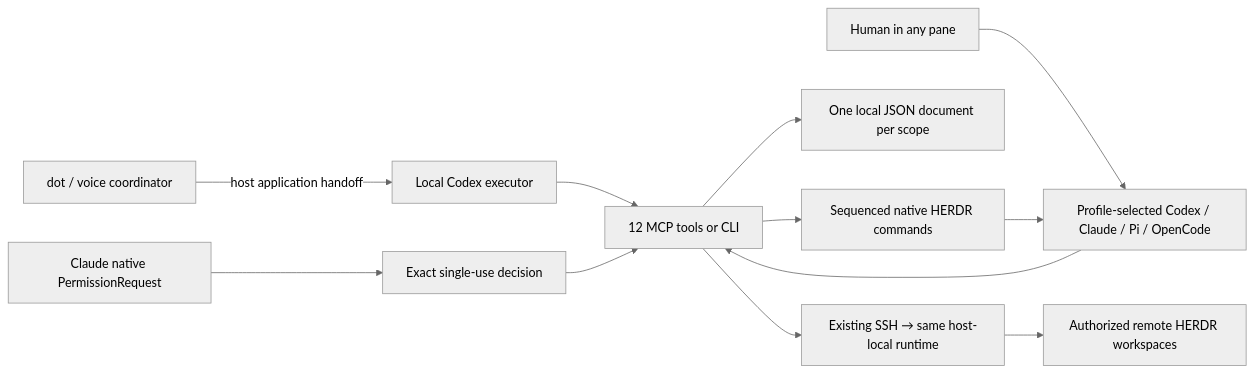
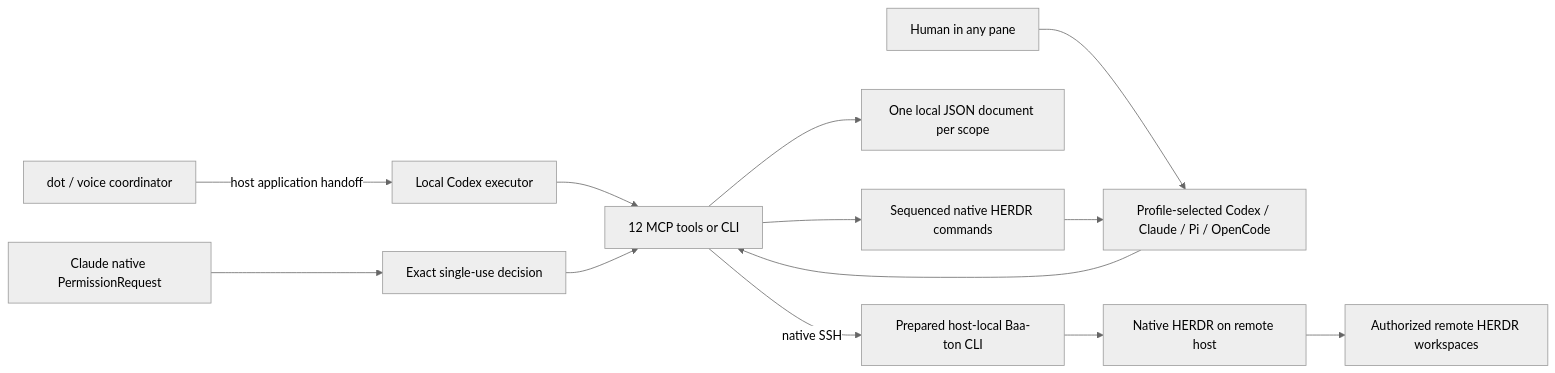
Before and after one commit to zachristmas/baa-ton: the diagram in docs/ARCHITECTURE.md, drawn with Mermaid (neutral theme). The commit also changed other lines of this file and 3 other files, not shown here.

Commit message:
Polish Baa-ton README and move detailed guide

````diff
--- a/docs/ARCHITECTURE.md
+++ b/docs/ARCHITECTURE.md
@@ -3,14 +3,15 @@
 ```mermaid
 flowchart LR
   Dot[dot / voice coordinator] -->|host application handoff| Client[Local Codex executor]
   Human[Human in any pane] --> Workers
   Client --> Interface[12 MCP tools or CLI]
   Interface --> State[One local JSON document per scope]
   Interface --> Native[Sequenced native HERDR commands]
   Native --> Workers[Profile-selected Codex / Claude / Pi / OpenCode]
-  Interface --> SSH[Existing SSH → same host-local runtime]
-  SSH --> Fleet[Authorized remote HERDR workspaces]
+  Interface -->|native SSH| SSH[Prepared host-local Baa-ton CLI]
+  SSH --> RemoteHERDR[Native HERDR on remote host]
+  RemoteHERDR --> Fleet[Authorized remote HERDR workspaces]
   Workers --> Interface
   Permission[Claude native PermissionRequest] --> Exact[Exact single-use decision]
   Exact --> Interface
 ```
````
